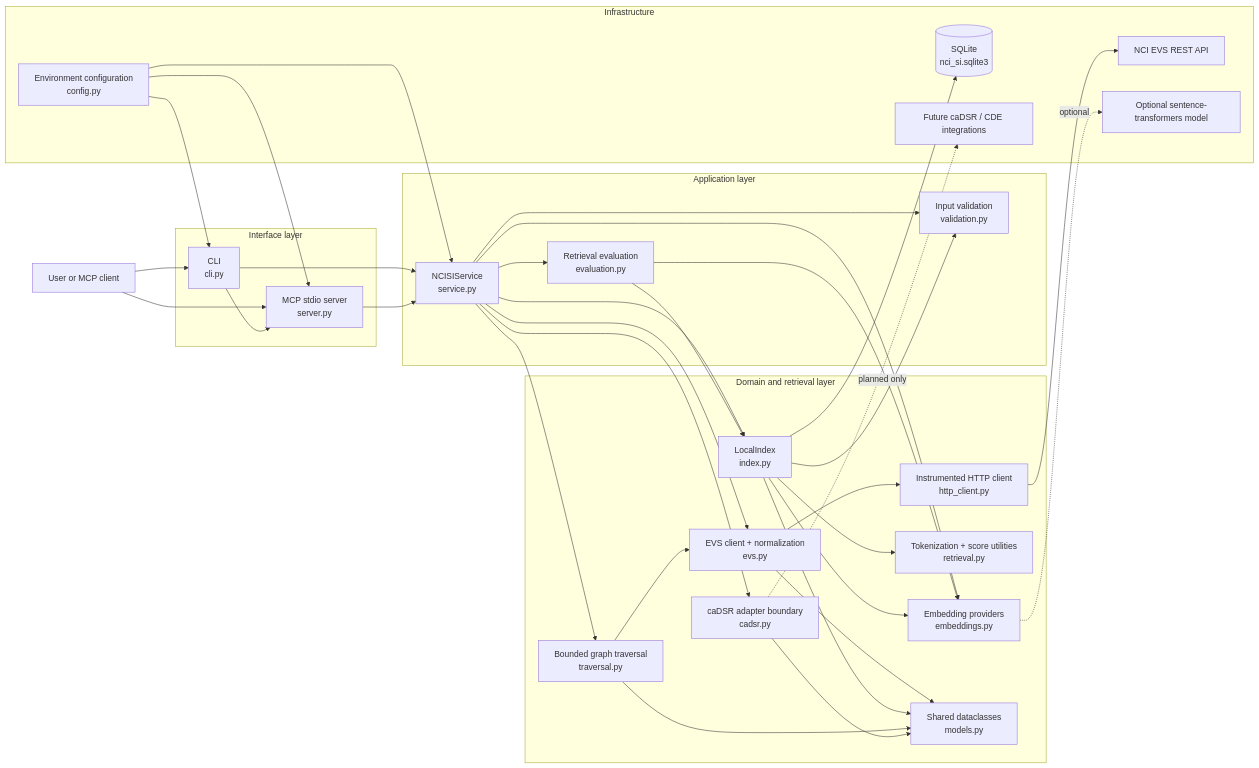
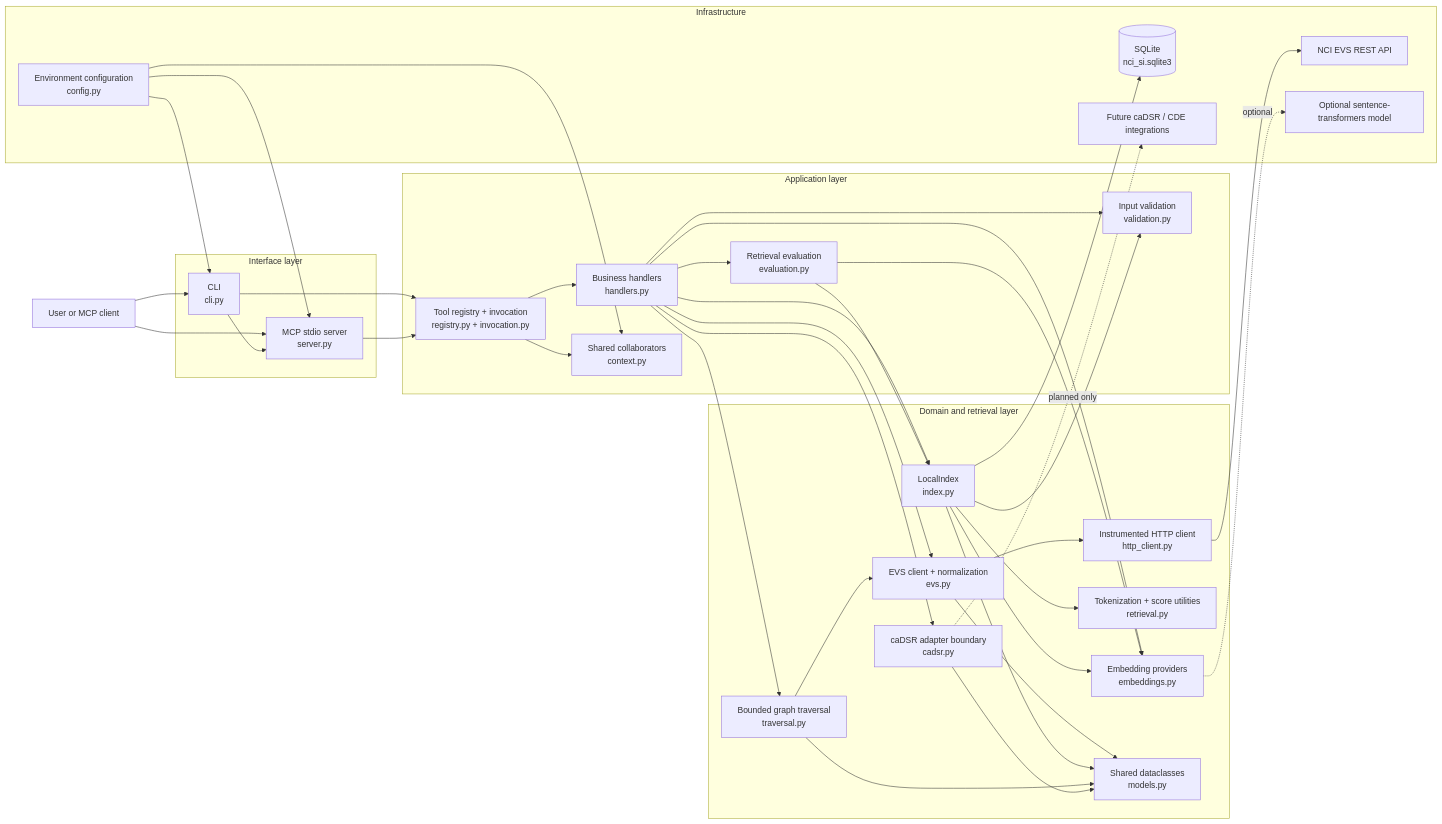
One commit to CBIIT/nci-si-mcp changed the first of 2 diagrams in ARCHITECTURE.md. Above: the diagram before and after it, drawn with Mermaid. The commit also changed other lines of this file and 29 other files, not shown here.

Commit message:
refactor(registry): share tool declarations across MCP and CLI

````diff
--- a/ARCHITECTURE.md
+++ b/ARCHITECTURE.md
@@ -9,68 +9,72 @@
 ```mermaid
 flowchart LR
     User["User or MCP client"]
 
     subgraph Interfaces["Interface layer"]
         CLI["CLI<br/>cli.py"]
         MCP["MCP stdio server<br/>server.py"]
     end
 
     subgraph Application["Application layer"]
-        Service["NCISIService<br/>service.py"]
+        Registry["Tool registry + invocation<br/>registry.py + invocation.py"]
+        Handlers["Business handlers<br/>handlers.py"]
+        Context["Shared collaborators<br/>context.py"]
         Validation["Input validation<br/>validation.py"]
         Eval["Retrieval evaluation<br/>evaluation.py"]
     end
 
     subgraph Domain["Domain and retrieval layer"]
         EVS["EVS client + normalization<br/>evs.py"]
         Http["Instrumented HTTP client<br/>http_client.py"]
         Index["LocalIndex<br/>index.py"]
         Retrieval["Tokenization + score utilities<br/>retrieval.py"]
         Embeddings["Embedding providers<br/>embeddings.py"]
         Traversal["Bounded graph traversal<br/>traversal.py"]
         Cadsr["caDSR adapter boundary<br/>cadsr.py"]
         Models["Shared dataclasses<br/>models.py"]
     end
 
     subgraph Infrastructure["Infrastructure"]
         EVSAPI["NCI EVS REST API"]
         SQLite[("SQLite<br/>nci_si.sqlite3")]
         ST["Optional sentence-transformers model"]
         FutureCadsr["Future caDSR / CDE integrations"]
         Env["Environment configuration<br/>config.py"]
     end
 
     User --> CLI
     User --> MCP
-    CLI --> Service
+    CLI --> Registry
     CLI --> MCP
-    MCP --> Service
+    MCP --> Registry
 
     Env --> CLI
     Env --> MCP
-    Service --> Validation
-    Service --> EVS
-    Service --> Index
-    Service --> Traversal
-    Service --> Cadsr
-    Service --> Embeddings
-    Service --> Eval
-    Env --> Service
+    Handlers --> Validation
+    Handlers --> EVS
+    Handlers --> Index
+    Handlers --> Traversal
+    Handlers --> Cadsr
+    Handlers --> Embeddings
+    Handlers --> Eval
+    Env --> Context
+    Registry --> Handlers
+    Registry --> Context
     Eval --> Index
     Eval --> Embeddings
     Index --> Validation
 
     EVS --> Http
     Http --> EVSAPI
     Traversal --> EVS
     Index --> Retrieval
     Index --> Embeddings
     Index --> SQLite
     Embeddings -. "optional" .-> ST
     Cadsr -. "planned only" .-> FutureCadsr
 
     EVS --> Models
     Index --> Models
     Traversal --> Models
     Cadsr --> Models
 ```
````
